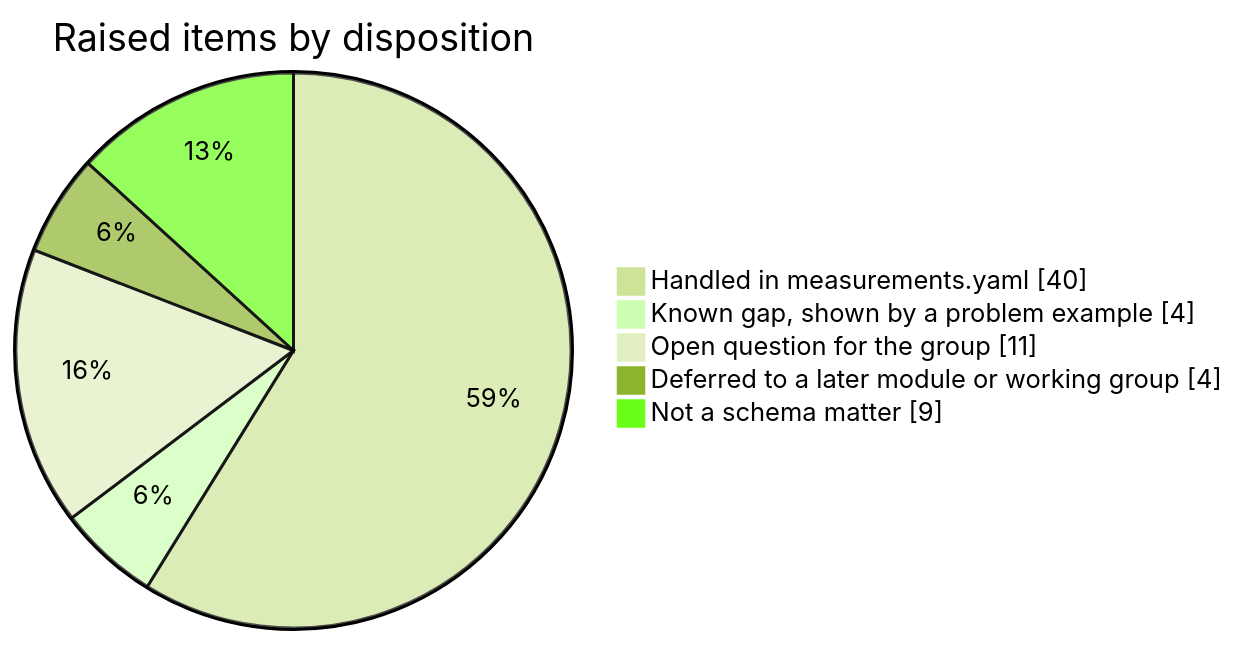
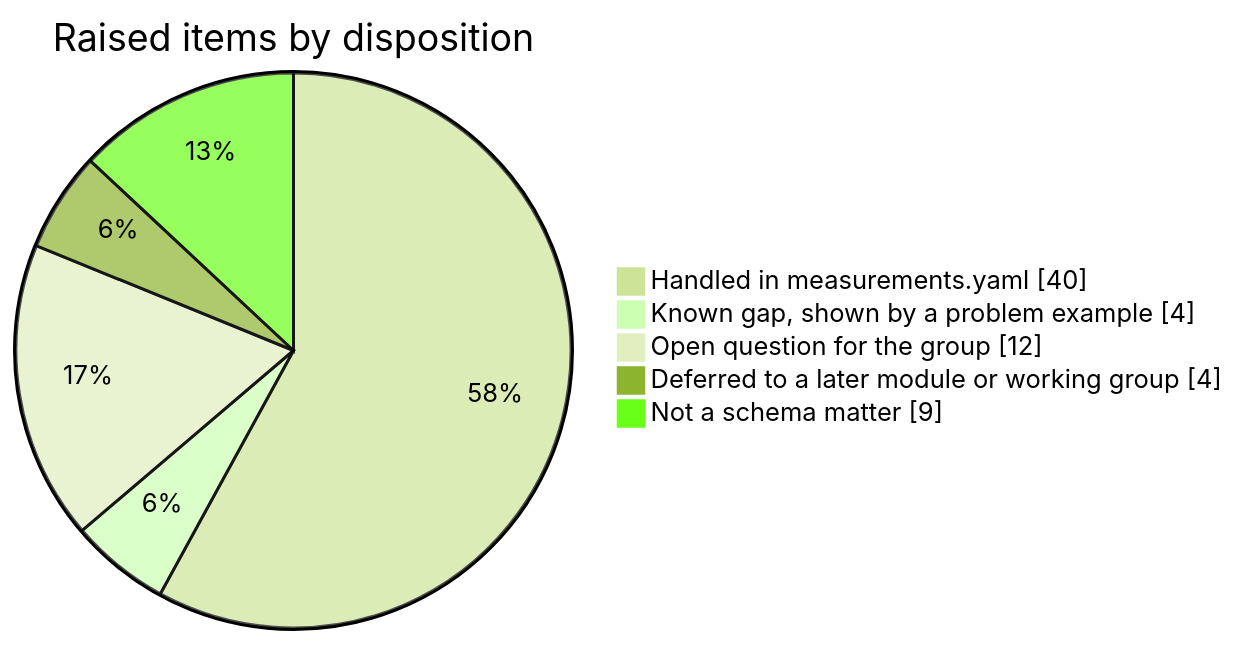
The first of 2 diagrams in docs/measurements-hackathon/raised-items.md (ber-data/bridge-central-schema), drawn with Mermaid (forest theme) before and after one commit. The commit also changed other lines of this file and 2 other files, not shown here.

Commit message:
Record Measurement as a subclass of QuantityValue as an open question

````diff
--- a/docs/measurements-hackathon/raised-items.md
+++ b/docs/measurements-hackathon/raised-items.md
@@ -9,9 +9,9 @@
 ```mermaid
 pie showData
     title Raised items by disposition
     "Handled in measurements.yaml" : 40
     "Known gap, shown by a problem example" : 4
-    "Open question for the group" : 11
+    "Open question for the group" : 12
     "Deferred to a later module or working group" : 4
     "Not a schema matter" : 9
 ```
````
